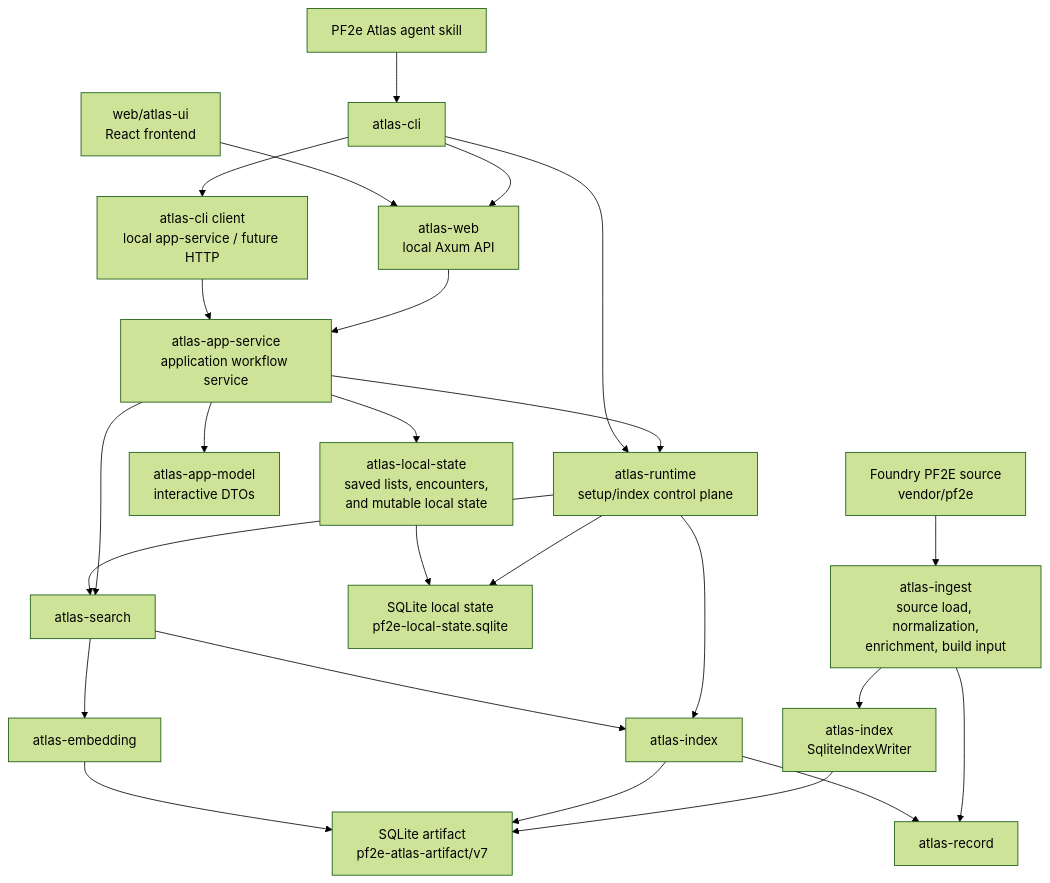
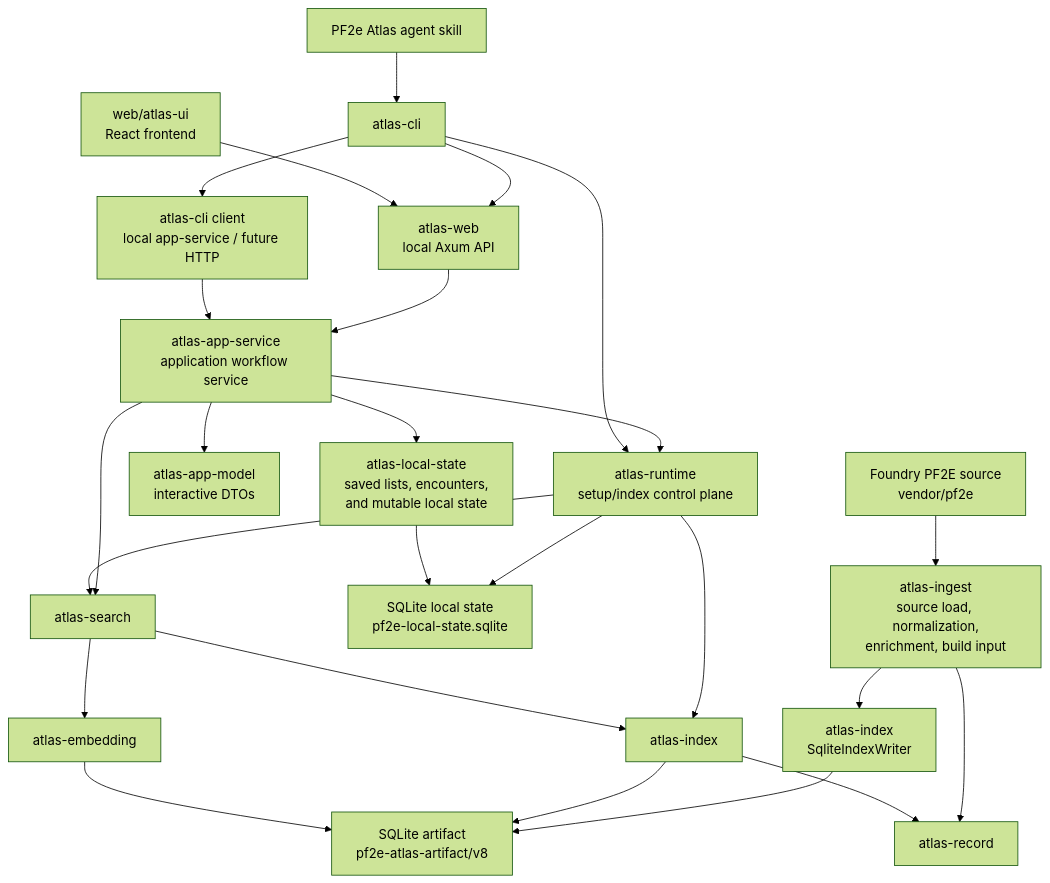
One commit to e-kosten/pf2e-atlas changed the diagram in docs/architecture/overview.md. Above: the diagram before and after it, drawn with Mermaid (forest theme). The commit also changed 67 other files, not shown here.

````diff
--- a/docs/architecture/overview.md
+++ b/docs/architecture/overview.md
@@ -64,29 +64,29 @@
 ```mermaid
 flowchart TD
     pf2e["Foundry PF2E source<br/>vendor/pf2e"] --> ingest["atlas-ingest<br/>source load, normalization,<br/>enrichment, build input"]
     ingest --> indexWriter["atlas-index<br/>SqliteIndexWriter"]
-    indexWriter --> artifactDb["SQLite artifact<br/>pf2e-atlas-artifact/v7"]
+    indexWriter --> artifactDb["SQLite artifact<br/>pf2e-atlas-artifact/v8"]
     localStateDb["SQLite local state<br/>pf2e-local-state.sqlite"]
 
     skill["PF2e Atlas agent skill"] --> cli["atlas-cli"]
     cli --> web["atlas-web<br/>local Axum API"]
     browser["web/atlas-ui<br/>React frontend"] --> web
     web --> appService["atlas-app-service<br/>application workflow service"]
     appService --> appModel["atlas-app-model<br/>interactive DTOs"]
     appService --> runtime
     appService --> search
     appService --> localState["atlas-local-state<br/>saved lists, encounters,<br/>and mutable local state"]
     cli --> cliClient["atlas-cli client<br/>local app-service / future HTTP"]
     cliClient --> appService
     cli --> runtime["atlas-runtime<br/>setup/index control plane"]
     runtime --> search["atlas-search"]
     runtime --> index["atlas-index"]
     runtime --> localStateDb
     localState --> localStateDb
     search --> index
     search --> embedding["atlas-embedding"]
     index --> artifactDb
     embedding --> artifactDb
     ingest --> record["atlas-record"]
     index --> record
 ```
````
